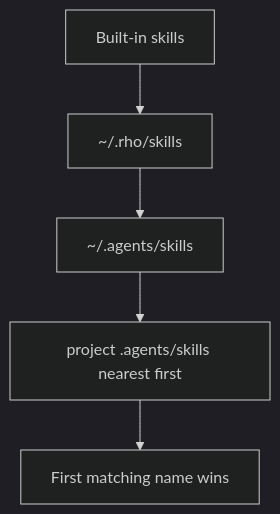
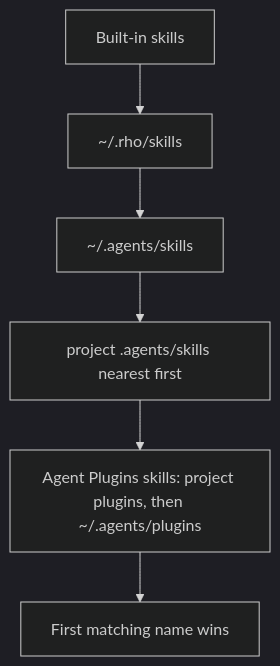
Before and after one commit to matthewyjiang/rho: the second of 2 diagrams in docs/skills.md, drawn with Mermaid (dark theme). The commit also changed other lines of this file and 62 other files, not shown here.

First line of the commit message:
feat: add native MCP client and Agent Plugins (#776)

````diff
--- a/docs/skills.md
+++ b/docs/skills.md
@@ -45,7 +58,8 @@
 ```mermaid
 flowchart TD
     builtins[Built-in skills] --> rhoHome["~/.rho/skills"]
     rhoHome --> agentsHome["~/.agents/skills"]
     agentsHome --> project["project .agents/skills nearest first"]
-    project --> pick[First matching name wins]
+    project --> plugins["Agent Plugins skills: project plugins, then ~/.agents/plugins"]
+    plugins --> pick[First matching name wins]
 ```
````
